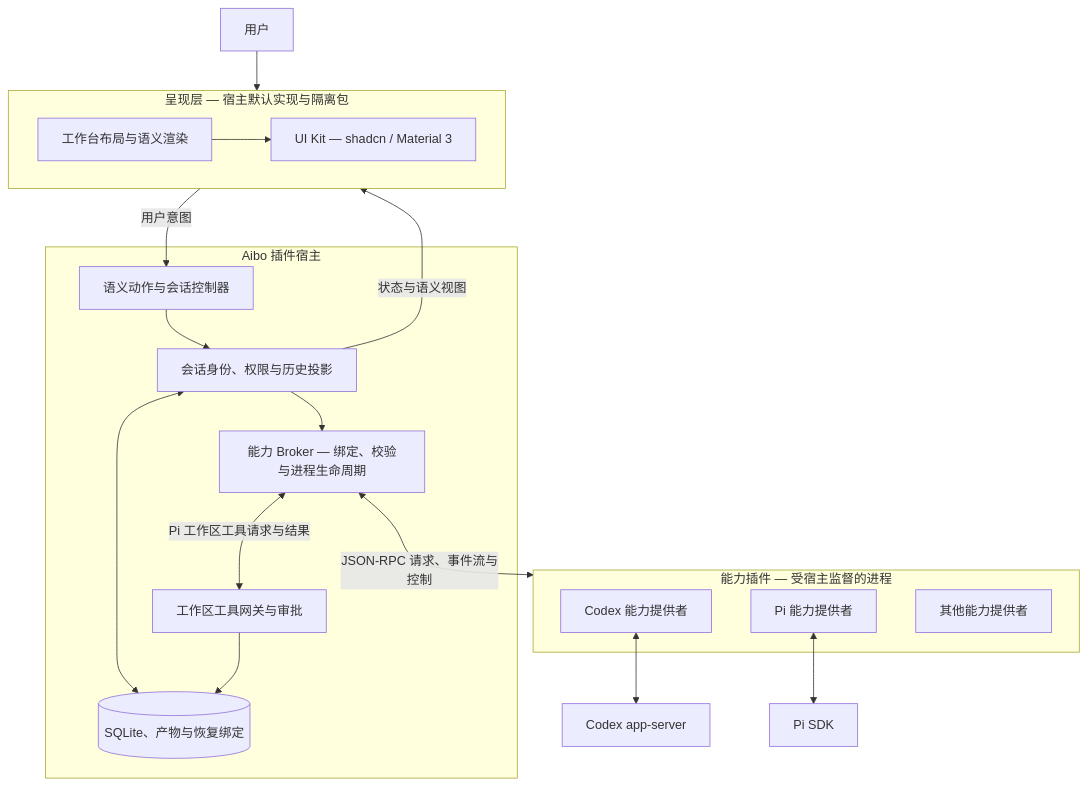
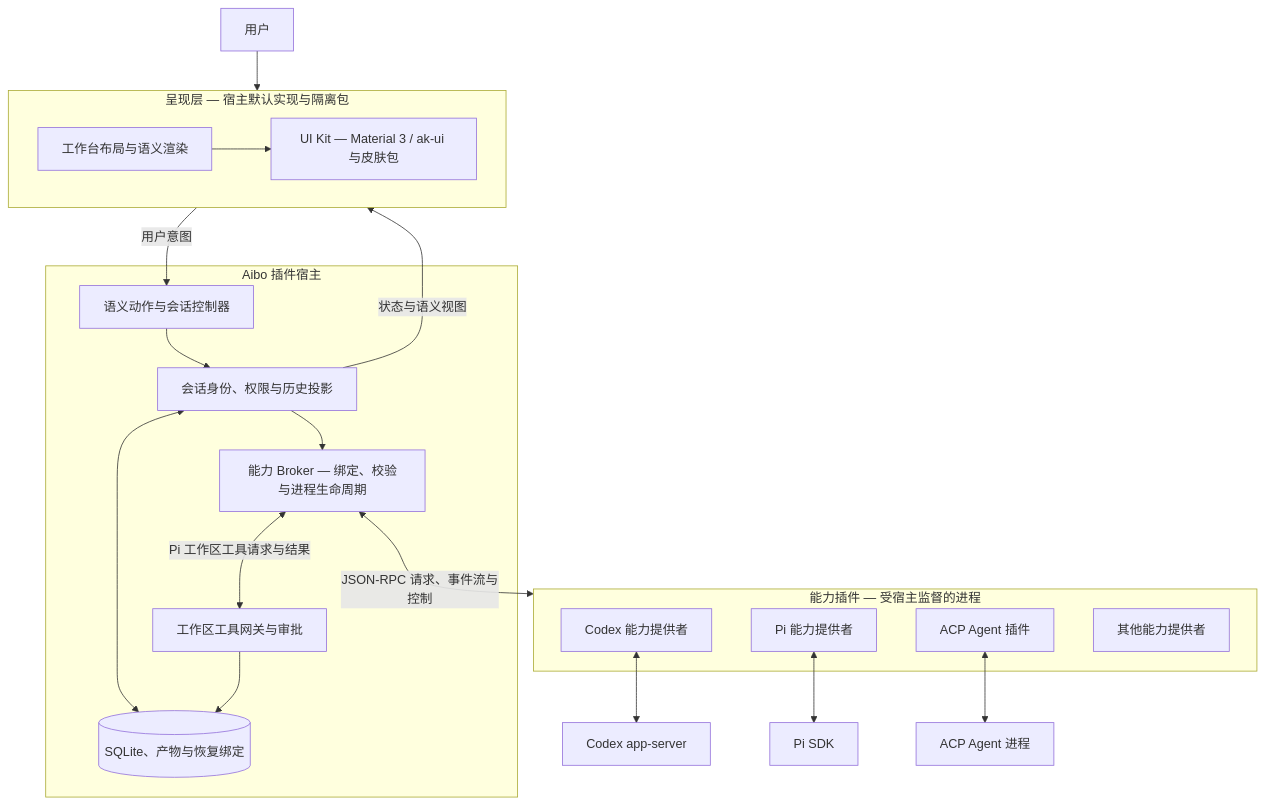
The diagram in README_zh.md (chldu2000/aibo), drawn with Mermaid before and after one commit. The commit also changed other lines of this file and 43 other files, not shown here.

````diff
--- a/README_zh.md
+++ b/README_zh.md
@@ -22,30 +23,32 @@
 ```mermaid
 flowchart TB
     user[用户] --> presentation
     subgraph presentation[呈现层 — 宿主默认实现与隔离包]
         shell[工作台布局与语义渲染]
-        kit[UI Kit — shadcn / Material 3]
+        kit[UI Kit — Material 3 / ak-ui 与皮肤包]
         shell --> kit
     end
     subgraph host[Aibo 插件宿主]
         actions[语义动作与会话控制器]
         sessions[会话身份、权限与历史投影]
         broker[能力 Broker — 绑定、校验与进程生命周期]
         gateway[工作区工具网关与审批]
         storage[(SQLite、产物与恢复绑定)]
         actions --> sessions --> broker
         sessions <--> storage
         gateway --> storage
     end
     subgraph plugins[能力插件 — 受宿主监督的进程]
         codex[Codex 能力提供者]
         pi[Pi 能力提供者]
+        acp[ACP Agent 插件]
         extra[其他能力提供者]
     end
     presentation -->|用户意图| actions
     sessions -->|状态与语义视图| presentation
     broker <-->|JSON-RPC 请求、事件流与控制| plugins
     broker <-->|Pi 工作区工具请求与结果| gateway
     codex <--> native[Codex app-server]
     pi <--> sdk[Pi SDK]
+    acp <--> agent[ACP Agent 进程]
 ```
````
